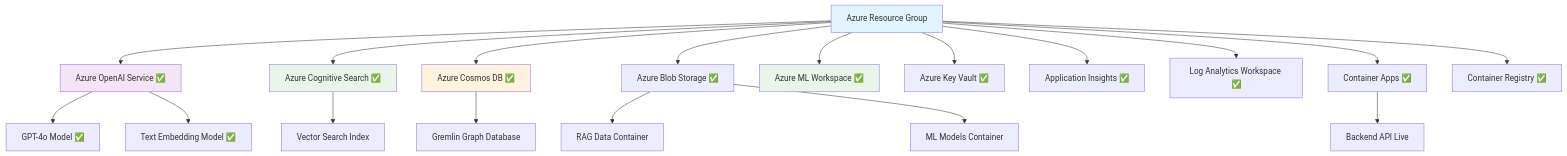
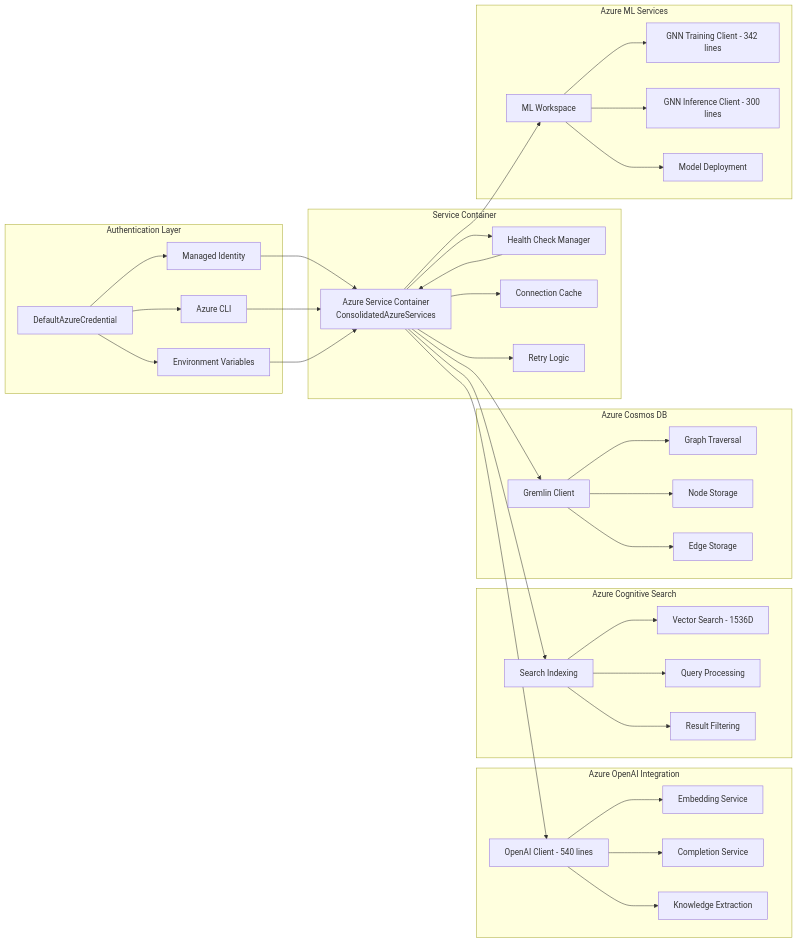
Before and after one commit to david3xu/azure-maintie-rag: the fourth of 5 diagrams in docs/ARCHITECTURE.md, drawn with Mermaid. The commit also changed other lines of this file and 205 other files, not shown here.

First line of the commit message:
Major architectural consolidation and comprehensive CLAUDE.md documentation

````diff
--- a/docs/ARCHITECTURE.md
+++ b/docs/ARCHITECTURE.md
@@ -542,27 +484,84 @@
 ```mermaid
-graph TD
-    A[Azure Resource Group] --> B[Azure OpenAI Service ✅]
-    A --> C[Azure Cognitive Search ✅]
-    A --> D[Azure Cosmos DB ✅]
-    A --> E[Azure Blob Storage ✅]
-    A --> F[Azure ML Workspace ✅]
-    A --> G[Azure Key Vault ✅]
-    A --> H[Application Insights ✅]
-    A --> I[Log Analytics Workspace ✅]
-    A --> J[Container Apps ✅]
-    A --> K[Container Registry ✅]
+graph LR
+    subgraph "Authentication Layer"
+        DAC[DefaultAzureCredential]
+        MI[Managed Identity]
+        CLI[Azure CLI]
+        ENV[Environment Variables]
+    end
     
-    B --> L[GPT-4o Model ✅]
-    B --> M[Text Embedding Model ✅]
-    C --> N[Vector Search Index]
-    D --> O[Gremlin Graph Database]
-    E --> P[RAG Data Container]
-    E --> Q[ML Models Container]
-    J --> R[Backend API Live]
+    subgraph "Service Container"
+        ASC[Azure Service Container<br/>ConsolidatedAzureServices]
+        HC[Health Check Manager]
+        CC[Connection Cache]
+        RL[Retry Logic]
+    end
     
-    style A fill:#e1f5fe
-    style B fill:#f3e5f5
-    style C fill:#e8f5e8
-    style D fill:#fff3e0
-    style F fill:#e8f5e8
+    subgraph "Azure OpenAI Integration"
+        OAI[OpenAI Client - 540 lines]
+        EMB[Embedding Service]
+        COMP[Completion Service]
+        EXTR[Knowledge Extraction]
+    end
+    
+    subgraph "Azure Cognitive Search"
+        SI[Search Indexing]
+        VS[Vector Search - 1536D]
+        QP[Query Processing]
+        RF[Result Filtering]
+    end
+    
+    subgraph "Azure Cosmos DB"
+        GC[Gremlin Client]
+        GT[Graph Traversal]
+        NS[Node Storage]
+        ES[Edge Storage]
+    end
+    
+    subgraph "Azure ML Services"
+        WS[ML Workspace]
+        GNNTrain[GNN Training Client - 342 lines]
+        GNNInfer[GNN Inference Client - 300 lines]
+        MD[Model Deployment]
+    end
+    
+    %% Authentication Flow
+    DAC --> MI
+    DAC --> CLI
+    DAC --> ENV
+    MI --> ASC
+    CLI --> ASC
+    ENV --> ASC
+    
+    %% Service Container Management
+    ASC --> HC
+    ASC --> CC
+    ASC --> RL
+    HC --> ASC
+    
+    %% Service Integration
+    ASC --> OAI
+    ASC --> SI
+    ASC --> GC
+    ASC --> WS
+    
+    %% OpenAI Processing
+    OAI --> EMB
+    OAI --> COMP
+    OAI --> EXTR
+    
+    %% Search Processing
+    SI --> VS
+    SI --> QP
+    SI --> RF
+    
+    %% Graph Processing
+    GC --> GT
+    GC --> NS
+    GC --> ES
+    
+    %% ML Processing
+    WS --> GNNTrain
+    WS --> GNNInfer
+    WS --> MD
 ```
````
